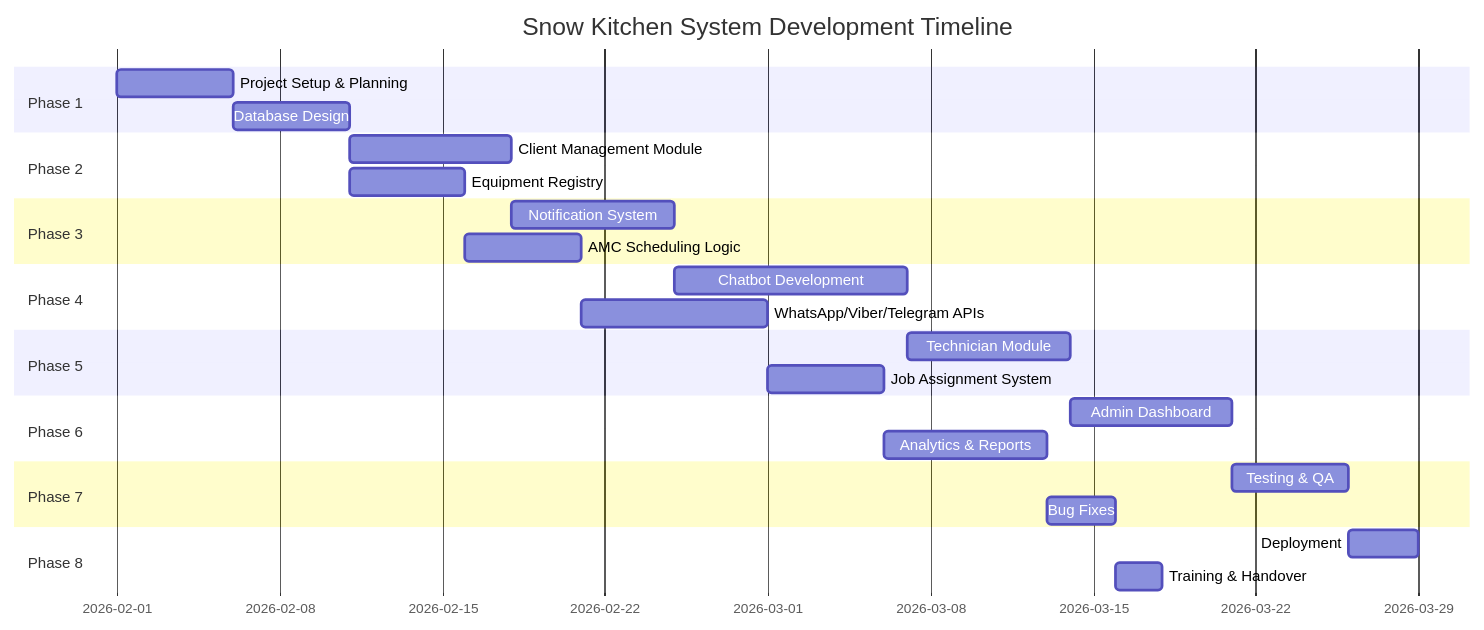
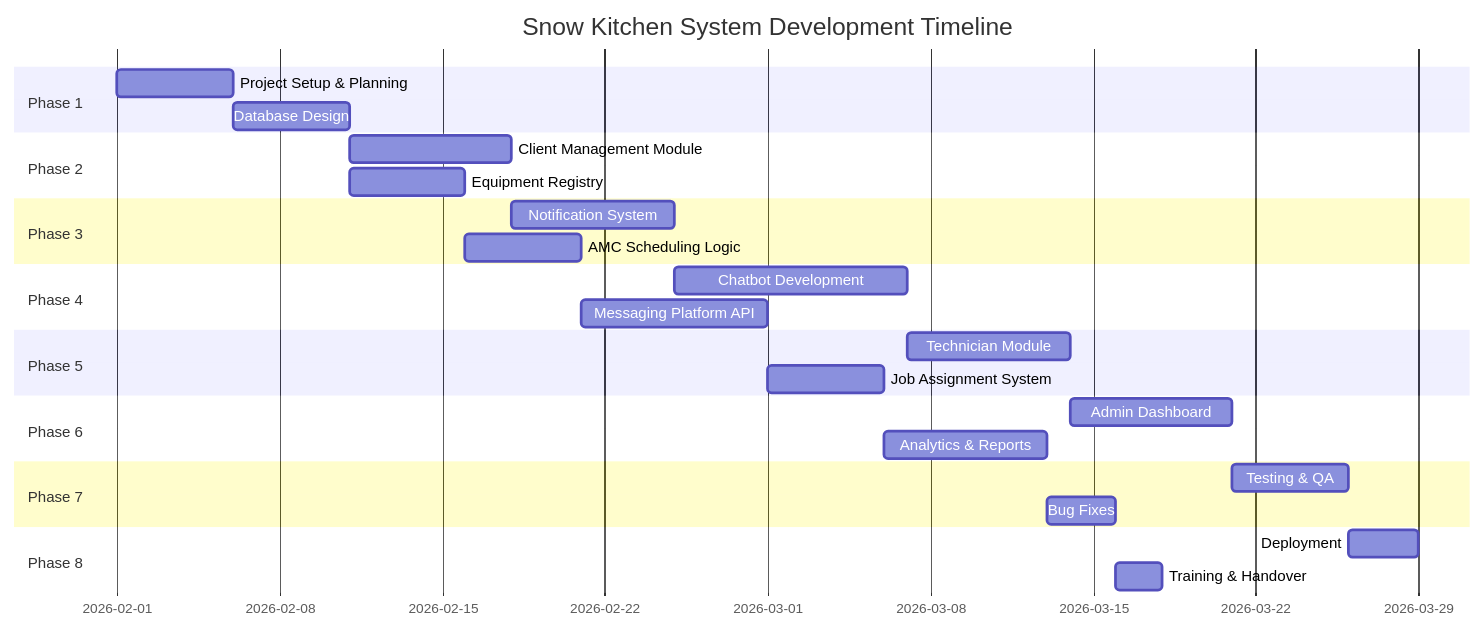
The diagram in specification/mvp/proposal.md (zkript-apps/kitchen-maintenance), drawn with Mermaid before and after one commit. The commit also changed other lines of this file, not shown here.

Commit message:
Refine chatbot integration details in project proposal, specifying a single messaging platform choice (WhatsApp, Viber, or Telegram) and updating related sections for clarity on features, costs, and next steps.

````diff
--- a/specification/mvp/proposal.md
+++ b/specification/mvp/proposal.md
@@ -52,29 +52,29 @@
 ```mermaid
 gantt
     title Snow Kitchen System Development Timeline
     dateFormat  YYYY-MM-DD
     section Phase 1
     Project Setup & Planning     :p1, 2026-02-01, 5d
     Database Design              :p2, after p1, 5d
     section Phase 2
     Client Management Module     :p3, after p2, 7d
     Equipment Registry           :p4, after p2, 5d
     section Phase 3
     Notification System          :p5, after p3, 7d
     AMC Scheduling Logic         :p6, after p4, 5d
     section Phase 4
     Chatbot Development          :p7, after p5, 10d
-    WhatsApp/Viber/Telegram APIs :p8, after p6, 8d
+    Messaging Platform API       :p8, after p6, 8d
     section Phase 5
     Technician Module            :p9, after p7, 7d
     Job Assignment System        :p10, after p8, 5d
     section Phase 6
     Admin Dashboard              :p11, after p9, 7d
     Analytics & Reports          :p12, after p10, 7d
     section Phase 7
     Testing & QA                 :p13, after p11, 5d
     Bug Fixes                    :p14, after p12, 3d
     section Phase 8
     Deployment                   :p15, after p13, 3d
     Training & Handover          :p16, after p14, 2d
 ```
````
